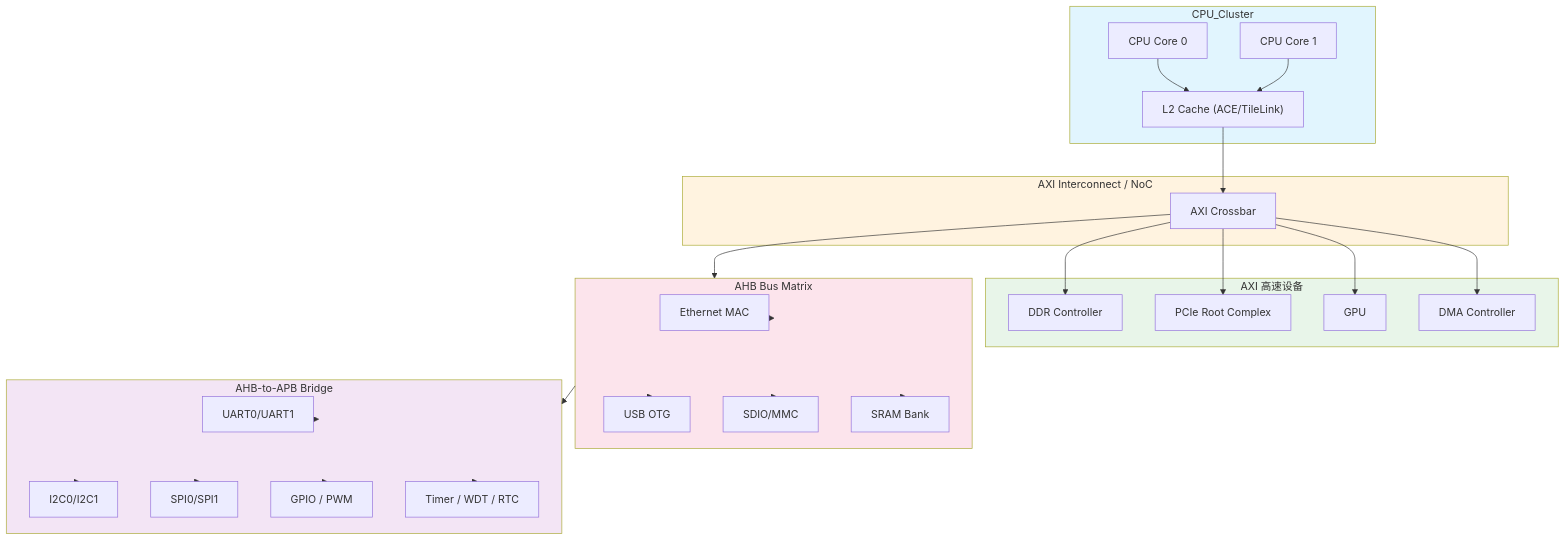
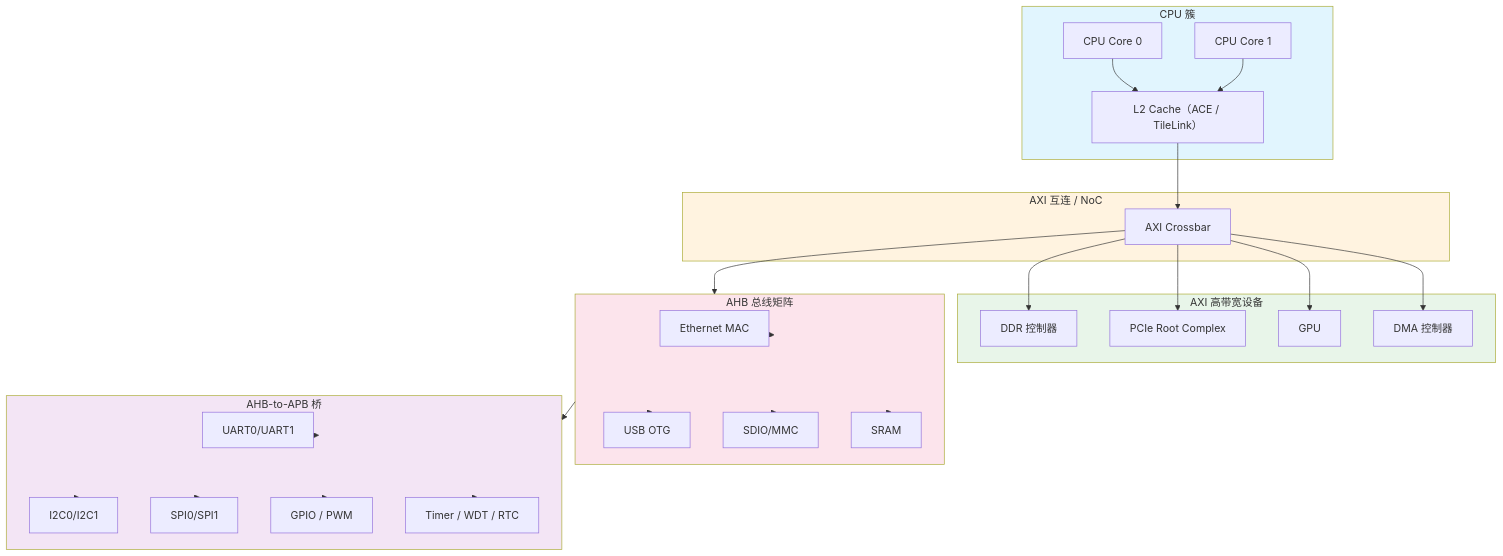
Before and after one commit to xiaohong0925/Embedded_Knowledge_System_V2026: the diagram in docs/B. 总线协议/D. 片内总线认知/B-D.13.1_APB_AHB_AXI_TileLink概念认知.md, drawn with Mermaid. The commit also changed other lines of this file and 23 other files, not shown here.

````diff
--- a/docs/B. 总线协议/D. 片内总线认知/B-D.13.1_APB_AHB_AXI_TileLink概念认知.md
+++ b/docs/B. 总线协议/D. 片内总线认知/B-D.13.1_APB_AHB_AXI_TileLink概念认知.md
@@ -146,62 +148,62 @@
 ```mermaid
 graph TD
-    subgraph CPU_Cluster
+    subgraph CPU_Cluster["CPU 簇"]
         CPU0["CPU Core 0"]
         CPU1["CPU Core 1"]
-        L2["L2 Cache (ACE/TileLink)"]
+        L2["L2 Cache（ACE / TileLink）"]
     end
 
-    subgraph AXI_Interconnect["AXI Interconnect / NoC"]
+    subgraph AXI_Interconnect["AXI 互连 / NoC"]
         AXIBridge["AXI Crossbar"]
     end
 
-    subgraph HighSpeed["AXI 高速设备"]
-        DDR["DDR Controller"]
+    subgraph HighSpeed["AXI 高带宽设备"]
+        DDR["DDR 控制器"]
         PCIe["PCIe Root Complex"]
         GPU["GPU"]
-        DMA["DMA Controller"]
+        DMA["DMA 控制器"]
     end
 
-    subgraph AHB_Bus["AHB Bus Matrix"]
+    subgraph AHB_Bus["AHB 总线矩阵"]
         AHB1["Ethernet MAC"]
         AHB2["USB OTG"]
         AHB3["SDIO/MMC"]
-        AHB4["SRAM Bank"]
+        AHB4["SRAM"]
     end
 
-    subgraph APB_Bridge["AHB-to-APB Bridge"]
+    subgraph APB_Bridge["AHB-to-APB 桥"]
         APB1["UART0/UART1"]
         APB2["I2C0/I2C1"]
         APB3["SPI0/SPI1"]
         APB4["GPIO / PWM"]
         APB5["Timer / WDT / RTC"]
     end
 
     CPU0 --> L2
     CPU1 --> L2
     L2 --> AXIBridge
 
     AXIBridge --> DDR
     AXIBridge --> PCIe
     AXIBridge --> GPU
     AXIBridge --> DMA
     AXIBridge --> AHB_Bus
 
     AHB_Bus --> AHB1
     AHB_Bus --> AHB2
     AHB_Bus --> AHB3
     AHB_Bus --> AHB4
     AHB_Bus --> APB_Bridge
 
     APB_Bridge --> APB1
     APB_Bridge --> APB2
     APB_Bridge --> APB3
     APB_Bridge --> APB4
     APB_Bridge --> APB5
 
     style CPU_Cluster fill:#e1f5fe
     style AXI_Interconnect fill:#fff3e0
     style HighSpeed fill:#e8f5e9
     style AHB_Bus fill:#fce4ec
     style APB_Bridge fill:#f3e5f5
 ```
````
